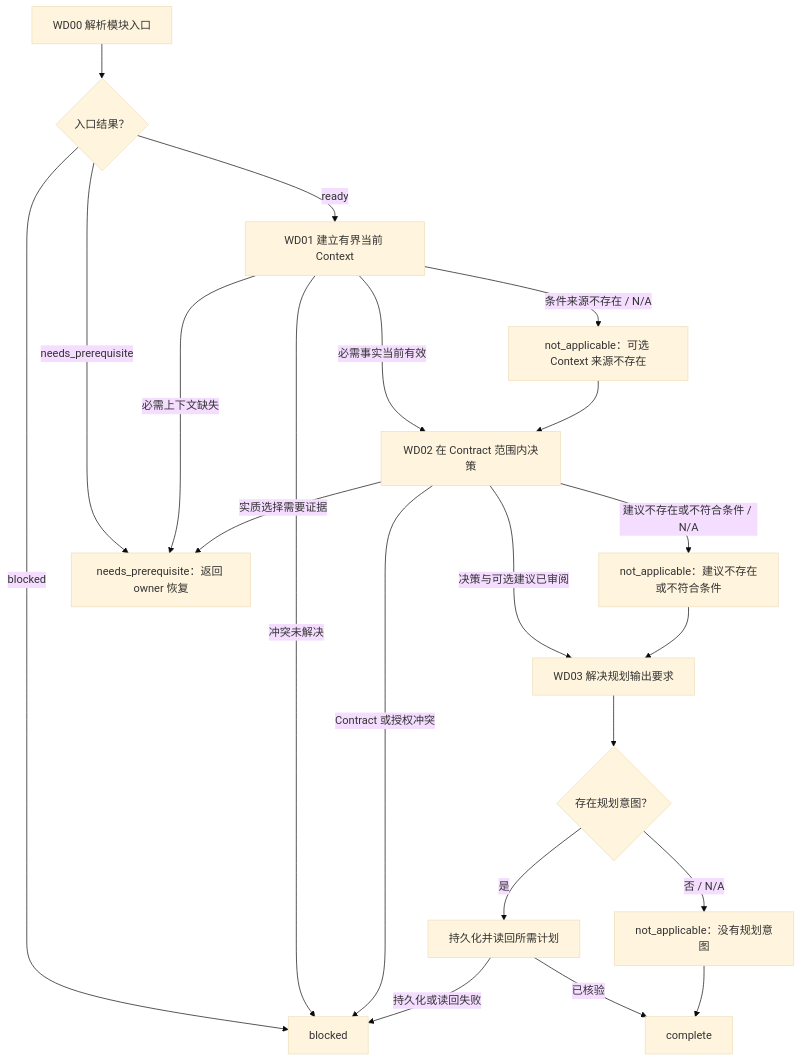
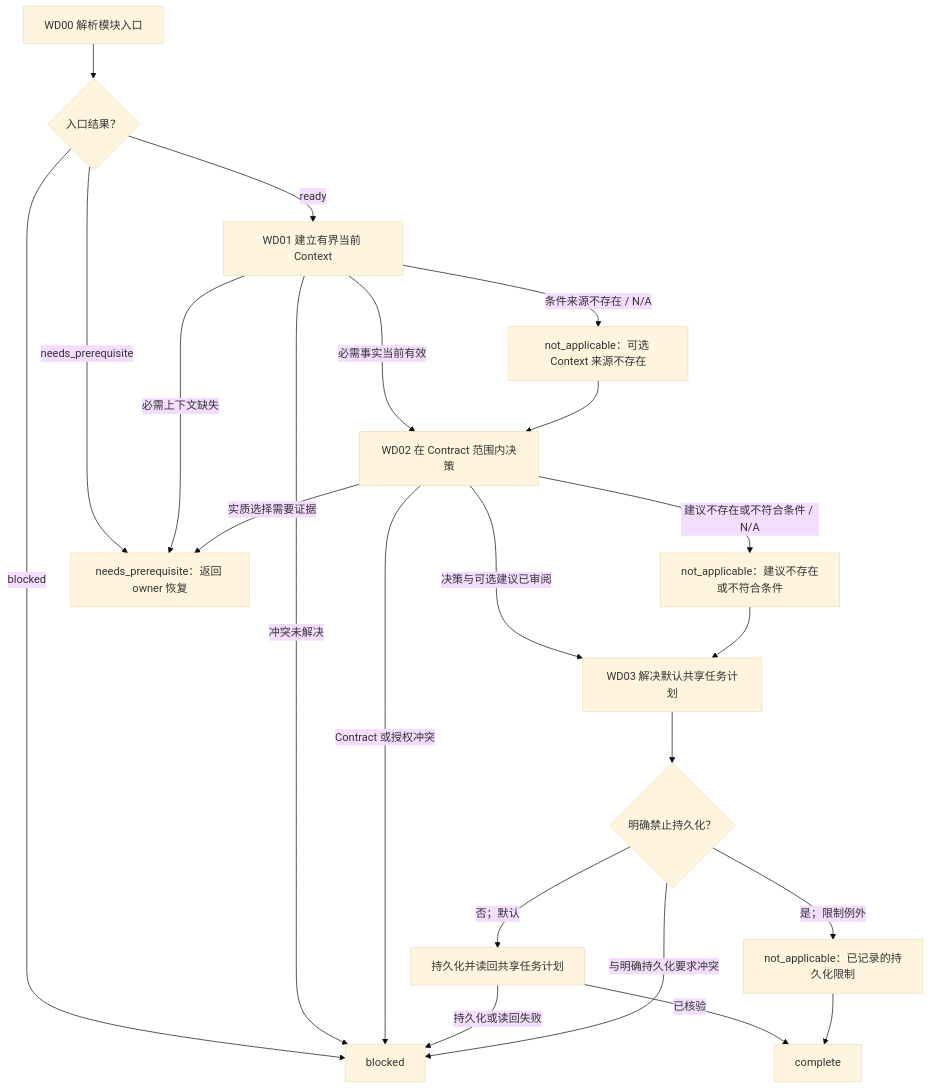
Before and after one commit to john-z-huang/token-io-decoupling: the diagram in references/coding/layer-04-workflows/modules/work-definition_zh_cn.md, drawn with Mermaid (base theme). The commit also changed other lines of this file and 47 other files, not shown here.

````diff
--- a/references/coding/layer-04-workflows/modules/work-definition_zh_cn.md
+++ b/references/coding/layer-04-workflows/modules/work-definition_zh_cn.md
@@ -18,36 +18,37 @@
 ```mermaid
 flowchart TD
     WD00["WD00 解析模块入口"]
     D_ENTRY{"入口结果？"}
     WD01["WD01 建立有界当前 Context"]
     WD02["WD02 在 Contract 范围内决策"]
-    WD03["WD03 解决规划输出要求"]
-    D_PLAN{"存在规划意图？"}
-    WD_PLAN["持久化并读回所需计划"]
+    WD03["WD03 解决默认共享任务计划"]
+    D_PLAN{"明确禁止持久化？"}
+    WD_PLAN["持久化并读回共享任务计划"]
     WD_DONE["complete"]
     WD_CONTEXT_NA["not_applicable：可选 Context 来源不存在"]
     WD_ADVICE_NA["not_applicable：建议不存在或不符合条件"]
-    WD_PLAN_NA["not_applicable：没有规划意图"]
+    WD_PLAN_NA["not_applicable：已记录的持久化限制"]
     WD_NEEDS["needs_prerequisite：返回 owner 恢复"]
     WD_BLOCK["blocked"]
     WD00 --> D_ENTRY
     D_ENTRY -- ready --> WD01
     D_ENTRY -- needs_prerequisite --> WD_NEEDS
     D_ENTRY -- blocked --> WD_BLOCK
     WD01 -- 必需事实当前有效 --> WD02
     WD01 -- 条件来源不存在 / N/A --> WD_CONTEXT_NA
     WD_CONTEXT_NA --> WD02
     WD01 -- 必需上下文缺失 --> WD_NEEDS
     WD01 -- 冲突未解决 --> WD_BLOCK
     WD02 -- 决策与可选建议已审阅 --> WD03
     WD02 -- 建议不存在或不符合条件 / N/A --> WD_ADVICE_NA
     WD_ADVICE_NA --> WD03
     WD02 -- 实质选择需要证据 --> WD_NEEDS
     WD02 -- Contract 或授权冲突 --> WD_BLOCK
     WD03 --> D_PLAN
-    D_PLAN -- 是 --> WD_PLAN
+    D_PLAN -- 否；默认 --> WD_PLAN
     WD_PLAN -- 已核验 --> WD_DONE
     WD_PLAN -- 持久化或读回失败 --> WD_BLOCK
-    D_PLAN -- 否 / N/A --> WD_PLAN_NA
+    D_PLAN -- 是；限制例外 --> WD_PLAN_NA
+    D_PLAN -- 与明确持久化要求冲突 --> WD_BLOCK
     WD_PLAN_NA --> WD_DONE
 ```
````
